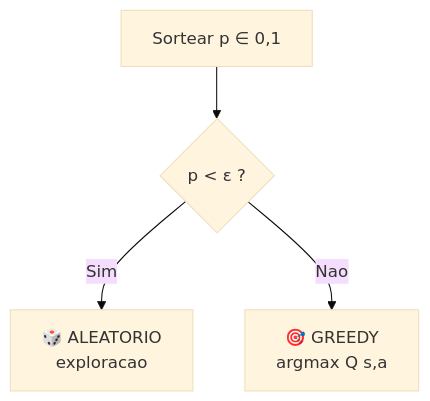
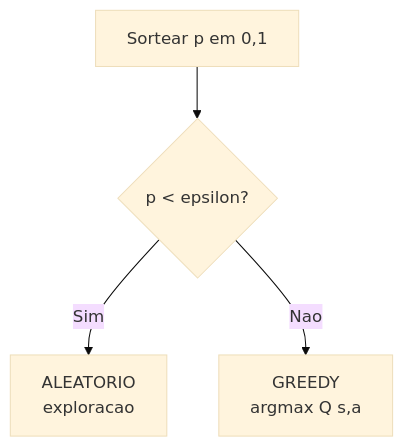
One commit to ClaudersonXavier/aprendizado-de-maquina-estilingue-espacial changed the third of 3 diagrams in docs/agentes/agente-qlearning.md. Above: the diagram before and after it, drawn with Mermaid (base theme). The commit also changed other lines of this file and 2 other files, not shown here.

````diff
--- a/docs/agentes/agente-qlearning.md
+++ b/docs/agentes/agente-qlearning.md
@@ -105,6 +105,6 @@
 ```mermaid
 flowchart TD
-    A[Sortear p ∈ 0,1] --> B{p < ε ?}
-    B -->|Sim| C[🎲 ALEATORIO<br/>exploracao]
-    B -->|Nao| D[🎯 GREEDY<br/>argmax Q s,a]
+    A[Sortear p em 0,1] --> B{p < epsilon?}
+    B -->|Sim| C[ALEATORIO<br/>exploracao]
+    B -->|Nao| D[GREEDY<br/>argmax Q s,a]
 ```
````
